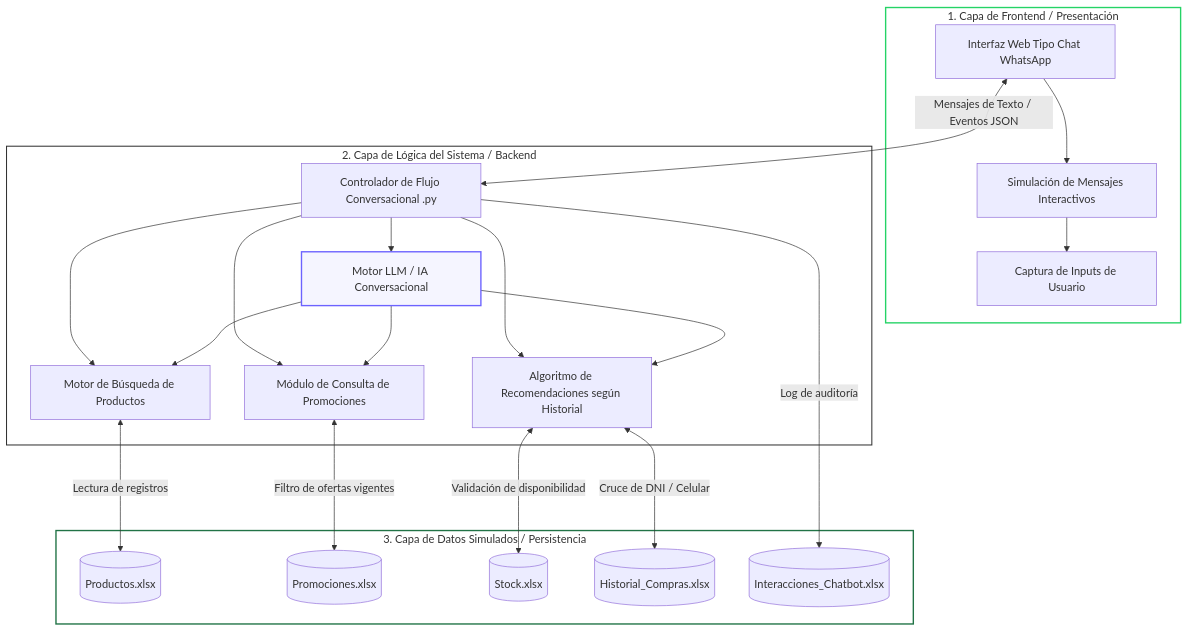
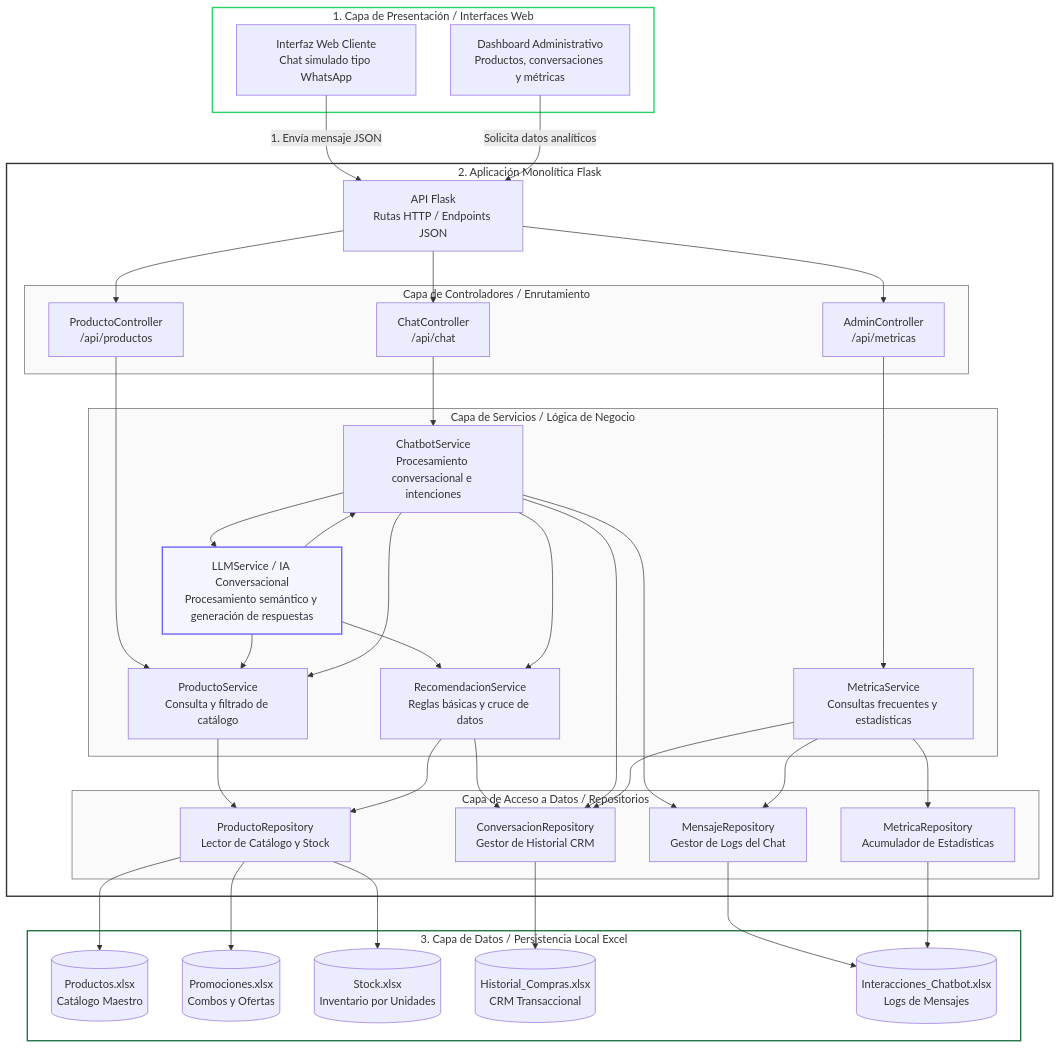
The first of 2 diagrams in docs/arquitectura/arquitectura-base.md (JH-Compan/Tambo-IA-Shopping-Assistant), drawn with Mermaid before and after one commit. The commit also changed other lines of this file, not shown here.

````diff
--- a/docs/arquitectura/arquitectura-base.md
+++ b/docs/arquitectura/arquitectura-base.md
@@ -108,89 +112,201 @@
 ```mermaid
 graph TD
 
-    %% =========================
+    %% ==========================================
     %% CAPA DE PRESENTACIÓN
-    %% =========================
+    %% ==========================================
 
-    subgraph Capa_Presentacion [1. Capa de Frontend / Presentación]
+    subgraph Frontend [1. Capa de Presentación / Interfaces Web]
 
-        A[Interfaz Web Tipo Chat WhatsApp]
-            --> B[Simulación de Mensajes Interactivos]
+        A[Interfaz Web Cliente<br/>Chat simulado tipo WhatsApp]
 
-        B --> C[Captura de Inputs de Usuario]
+        B[Dashboard Administrativo<br/>Productos, conversaciones y métricas]
 
     end
 
 
-    %% =========================
-    %% CAPA DE LÓGICA
-    %% =========================
+    %% ==========================================
+    %% BACKEND MONOLÍTICO FLASK
+    %% ==========================================
 
-    subgraph Capa_Logica [2. Capa de Lógica del Sistema / Backend]
+    subgraph Backend [2. Aplicación Monolítica Flask]
 
-        D[Controlador de Flujo Conversacional .py]
+        C[API Flask<br/>Rutas HTTP / Endpoints JSON]
 
-        D --> E[Motor de Búsqueda de Productos]
 
-        D --> F[Módulo de Consulta de Promociones]
+        %% ======================================
+        %% CONTROLADORES
+        %% ======================================
 
-        D --> G[Algoritmo de Recomendaciones según Historial]
+        subgraph Controladores [Capa de Controladores / Enrutamiento]
 
-        D --> M[Motor LLM / IA Conversacional]
+            D[ChatController<br/>/api/chat]
 
-        %% Interacción del LLM
-        M --> E
-        M --> F
-        M --> G
+            E[AdminController<br/>/api/metricas]
+
+            F[ProductoController<br/>/api/productos]
+
+        end
+
+
+        %% ======================================
+        %% SERVICIOS
+        %% ======================================
+
+        subgraph Servicios [Capa de Servicios / Lógica de Negocio]
+
+            G[ChatbotService<br/>Procesamiento conversacional e intenciones]
+
+            H[ProductoService<br/>Consulta y filtrado de catálogo]
+
+            I[RecomendacionService<br/>Reglas básicas y cruce de datos]
+
+            J[MetricaService<br/>Consultas frecuentes y estadísticas]
+
+            X[LLMService / IA Conversacional<br/>Procesamiento semántico y generación de respuestas]
+
+        end
+
+
+        %% ======================================
+        %% REPOSITORIOS
+        %% ======================================
+
+        subgraph Repositorios [Capa de Acceso a Datos / Repositorios]
+
+            K[ProductoRepository<br/>Lector de Catálogo y Stock]
+
+            L[ConversacionRepository<br/>Gestor de Historial CRM]
+
+            M[MensajeRepository<br/>Gestor de Logs del Chat]
+
+            N[MetricaRepository<br/>Acumulador de Estadísticas]
+
+        end
 
     end
 
 
-    %% =========================
-    %% CAPA DE DATOS
-    %% =========================
+    %% ==========================================
+    %% CAPA DE PERSISTENCIA
+    %% ==========================================
 
-    subgraph Capa_Datos [3. Capa de Datos Simulados / Persistencia]
+    subgraph Persistencia [3. Capa de Datos / Persistencia Local Excel]
 
-        H[(Productos.xlsx)]
+        O[(Productos.xlsx<br/>Catálogo Maestro)]
 
-        I[(Promociones.xlsx)]
+        P[(Promociones.xlsx<br/>Combos y Ofertas)]
 
-        J[(Stock.xlsx)]
+        Q[(Stock.xlsx<br/>Inventario por Unidades)]
 
-        K[(Historial_Compras.xlsx)]
+        R[(Historial_Compras.xlsx<br/>CRM Transaccional)]
 
-        L[(Interacciones_Chatbot.xlsx)]
+        S[(Interacciones_Chatbot.xlsx<br/>Logs de Mensajes)]
 
     end
 
 
-    %% =========================
-    %% CONEXIONES PRINCIPALES
-    %% =========================
+    %% ==========================================
+    %% FLUJOS DE COMUNICACIÓN
+    %% ==========================================
 
-    A <-->|Mensajes de Texto / Eventos JSON| D
+    %% Frontend → API
+    A -->|1. Envía mensaje JSON| C
 
-    E <--->|Lectura de registros| H
-
-    F <--->|Filtro de ofertas vigentes| I
-
-    G <--->|Cruce de DNI / Celular| K
-
-    G <--->|Validación de disponibilidad| J
-
-    D --->|Log de auditoría| L
+    B -->|Solicita datos analíticos| C
 
 
-    %% =========================
-    %% ESTILOS
-    %% =========================
+    %% API → Controladores
+    C --> D
 
-    style Capa_Presentacion fill:#ffffff,stroke:#25D366,stroke-width:2px
+    C --> E
 
-    style Capa_Logica fill:#ffffff,stroke:#333333,stroke-width:1.5px
+    C --> F
 
-    style Capa_Datos fill:#ffffff,stroke:#217346,stroke-width:2px
 
-    style M fill:#f5f5ff,stroke:#6C63FF,stroke-width:2px
+    %% Controladores → Servicios
+    D --> G
+
+    E --> J
+
+    F --> H
+
+
+    %% ==========================================
+    %% INTEGRACIÓN DEL LLM
+    %% ==========================================
+
+    G --> X
+
+    X --> G
+
+    X --> H
+
+    X --> I
+
+
+    %% ==========================================
+    %% RELACIONES ENTRE SERVICIOS
+    %% ==========================================
+
+    G --> H
+
+    G --> I
+
+
+    %% ==========================================
+    %% SERVICIOS → REPOSITORIOS
+    %% ==========================================
+
+    H --> K
+
+    I --> K
+
+    I --> L
+
+    G --> L
+
+    G --> M
+
+    J --> L
+
+    J --> M
+
+    J --> N
+
+
+    %% ==========================================
+    %% REPOSITORIOS → EXCEL
+    %% ==========================================
+
+    K --> O
+
+    K --> P
+
+    K --> Q
+
+    L --> R
+
+    M --> S
+
+    N --> S
+
+
+    %% ==========================================
+    %% ESTILOS VISUALES
+    %% ==========================================
+
+    style Frontend fill:#ffffff,stroke:#25D366,stroke-width:2px
+
+    style Backend fill:#ffffff,stroke:#333333,stroke-width:2px
+
+    style Controladores fill:#fafafa,stroke:#666666,stroke-width:1px
+
+    style Servicios fill:#fafafa,stroke:#666666,stroke-width:1px
+
+    style Repositorios fill:#fafafa,stroke:#666666,stroke-width:1px
+
+    style Persistencia fill:#ffffff,stroke:#217346,stroke-width:2px
+
+    style X fill:#f5f5ff,stroke:#6C63FF,stroke-width:2px
 ```
````
